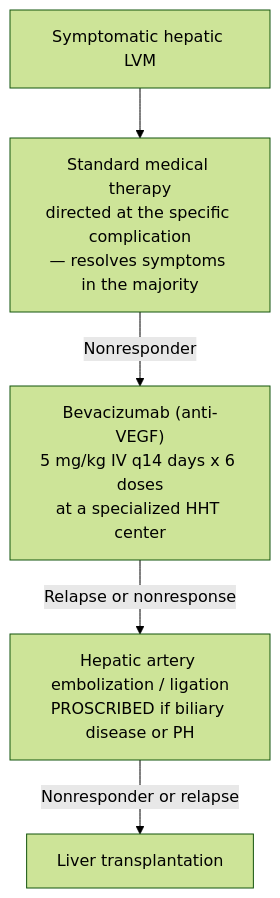
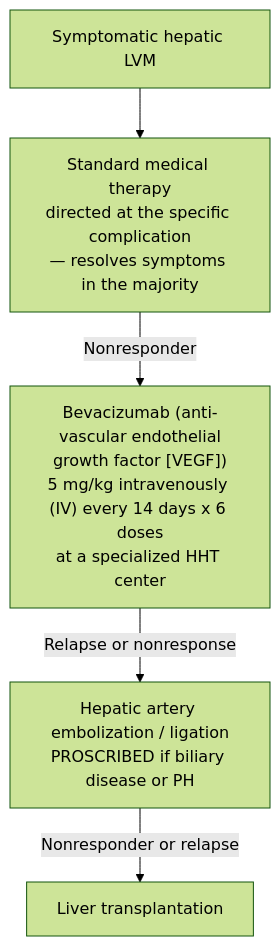
One commit to KHNickLeMD/KHNL-GI-Wiki changed the diagram in KHNL-GI-Wiki/wiki/1-disease-scripts/hepatology-diseases/hereditary-hemorrhagic-telangiectasia.md. Above: the diagram before and after it, drawn with Mermaid (forest theme). The commit also changed other lines of this file and 620 other files, not shown here.

````diff
--- a/KHNL-GI-Wiki/wiki/1-disease-scripts/hepatology-diseases/hereditary-hemorrhagic-telangiectasia.md
+++ b/KHNL-GI-Wiki/wiki/1-disease-scripts/hepatology-diseases/hereditary-hemorrhagic-telangiectasia.md
@@ -128,7 +128,7 @@
 ```mermaid
 flowchart TD
     A["Symptomatic hepatic LVM"] --> B["Standard medical therapy<br/>directed at the specific complication<br/>— resolves symptoms in the majority"]
-    B -->|Nonresponder| C["Bevacizumab (anti-VEGF)<br/>5 mg/kg IV q14 days x 6 doses<br/>at a specialized HHT center"]
+    B -->|Nonresponder| C["Bevacizumab (anti-vascular endothelial<br/>growth factor [VEGF])<br/>5 mg/kg intravenously (IV) every 14 days x 6 doses<br/>at a specialized HHT center"]
     C -->|Relapse or nonresponse| D["Hepatic artery embolization / ligation<br/>PROSCRIBED if biliary disease or PH"]
     D -->|Nonresponder or relapse| E["Liver transplantation"]
 ```
````
